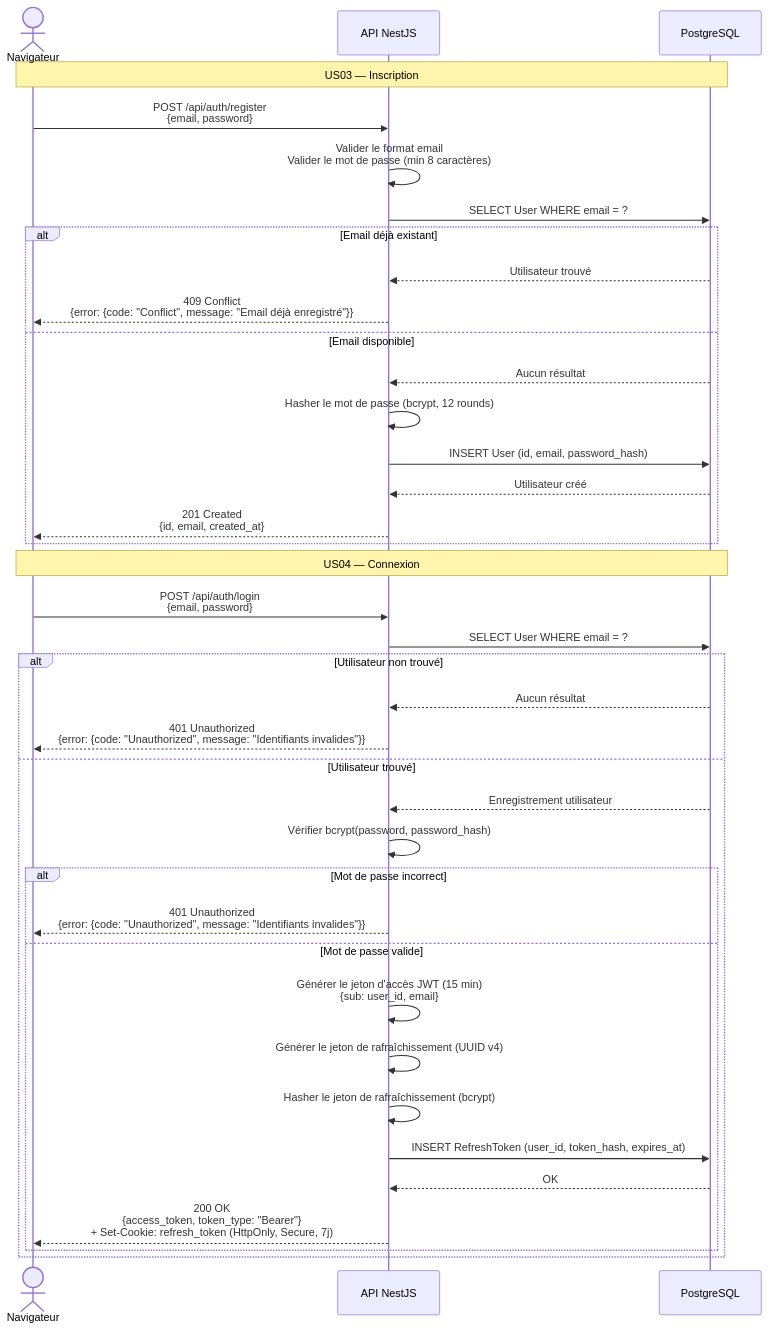
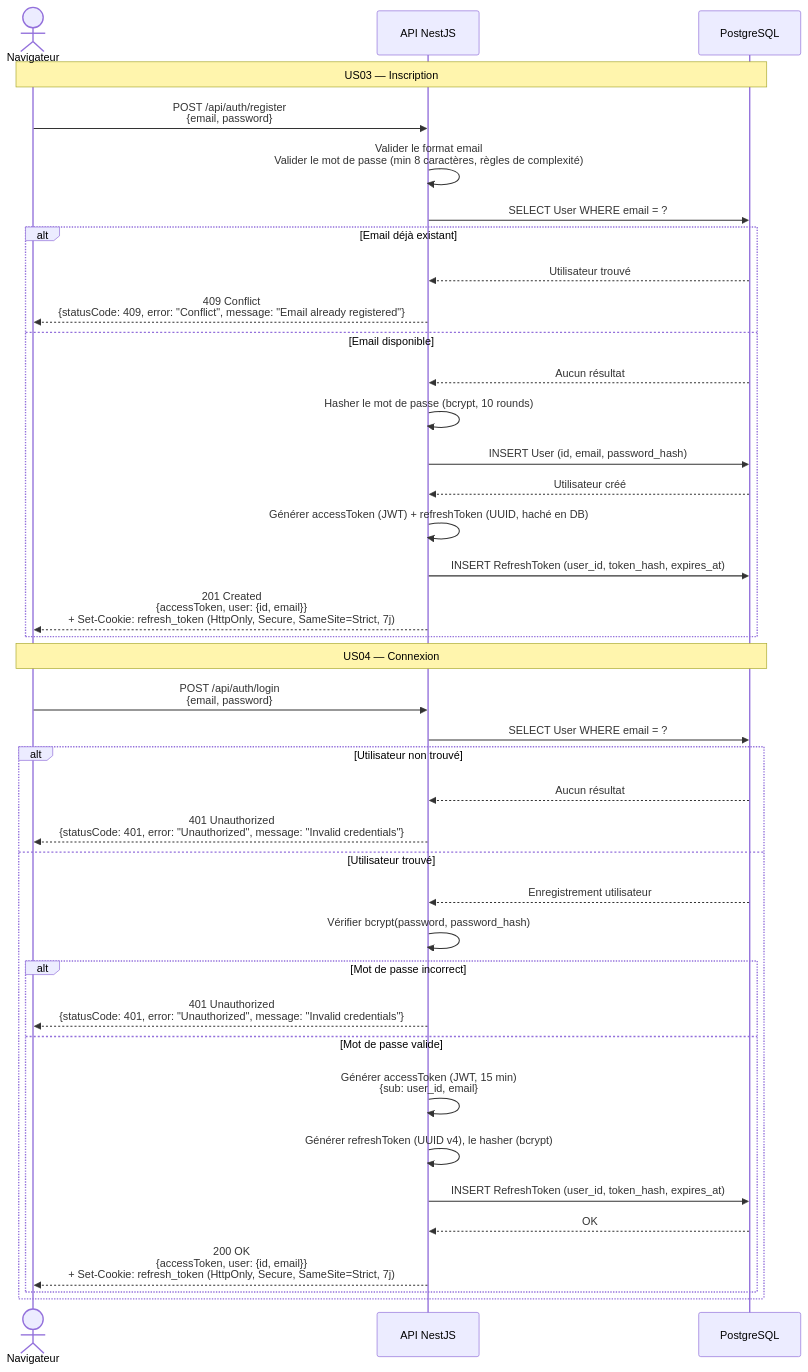
The first of 9 diagrams in docs/architecture/03-sequence-diagrams.md (OC-Expert-DevOps/P3-OC-software-development-management), drawn with Mermaid before and after one commit. The commit also changed other lines of this file and 5 other files, not shown here.

First line of the commit message:
fix(docs): align OpenAPI contract and architecture docs with real API (#55) (#56)

````diff
--- a/docs/architecture/03-sequence-diagrams.md
+++ b/docs/architecture/03-sequence-diagrams.md
@@ -5,42 +10,43 @@
 ```mermaid
 sequenceDiagram
     actor User as Navigateur
     participant API as API NestJS
     participant DB as PostgreSQL
 
     Note over User, DB: US03 — Inscription
     User->>API: POST /api/auth/register<br/>{email, password}
-    API->>API: Valider le format email<br/>Valider le mot de passe (min 8 caractères)
+    API->>API: Valider le format email<br/>Valider le mot de passe (min 8 caractères, règles de complexité)
     API->>DB: SELECT User WHERE email = ?
     alt Email déjà existant
         DB-->>API: Utilisateur trouvé
-        API-->>User: 409 Conflict<br/>{error: {code: "Conflict", message: "Email déjà enregistré"}}
+        API-->>User: 409 Conflict<br/>{statusCode: 409, error: "Conflict", message: "Email already registered"}
     else Email disponible
         DB-->>API: Aucun résultat
-        API->>API: Hasher le mot de passe (bcrypt, 12 rounds)
+        API->>API: Hasher le mot de passe (bcrypt, 10 rounds)
         API->>DB: INSERT User (id, email, password_hash)
         DB-->>API: Utilisateur créé
-        API-->>User: 201 Created<br/>{id, email, created_at}
+        API->>API: Générer accessToken (JWT) + refreshToken (UUID, haché en DB)
+        API->>DB: INSERT RefreshToken (user_id, token_hash, expires_at)
+        API-->>User: 201 Created<br/>{accessToken, user: {id, email}}<br/>+ Set-Cookie: refresh_token (HttpOnly, Secure, SameSite=Strict, 7j)
     end
 
     Note over User, DB: US04 — Connexion
     User->>API: POST /api/auth/login<br/>{email, password}
     API->>DB: SELECT User WHERE email = ?
     alt Utilisateur non trouvé
         DB-->>API: Aucun résultat
-        API-->>User: 401 Unauthorized<br/>{error: {code: "Unauthorized", message: "Identifiants invalides"}}
+        API-->>User: 401 Unauthorized<br/>{statusCode: 401, error: "Unauthorized", message: "Invalid credentials"}
     else Utilisateur trouvé
         DB-->>API: Enregistrement utilisateur
         API->>API: Vérifier bcrypt(password, password_hash)
         alt Mot de passe incorrect
-            API-->>User: 401 Unauthorized<br/>{error: {code: "Unauthorized", message: "Identifiants invalides"}}
+            API-->>User: 401 Unauthorized<br/>{statusCode: 401, error: "Unauthorized", message: "Invalid credentials"}
         else Mot de passe valide
-            API->>API: Générer le jeton d'accès JWT (15 min)<br/>{sub: user_id, email}
-            API->>API: Générer le jeton de rafraîchissement (UUID v4)
-            API->>API: Hasher le jeton de rafraîchissement (bcrypt)
+            API->>API: Générer accessToken (JWT, 15 min)<br/>{sub: user_id, email}
+            API->>API: Générer refreshToken (UUID v4), le hasher (bcrypt)
             API->>DB: INSERT RefreshToken (user_id, token_hash, expires_at)
             DB-->>API: OK
-            API-->>User: 200 OK<br/>{access_token, token_type: "Bearer"}<br/>+ Set-Cookie: refresh_token (HttpOnly, Secure, 7j)
+            API-->>User: 200 OK<br/>{accessToken, user: {id, email}}<br/>+ Set-Cookie: refresh_token (HttpOnly, Secure, SameSite=Strict, 7j)
         end
     end
 ```
````
